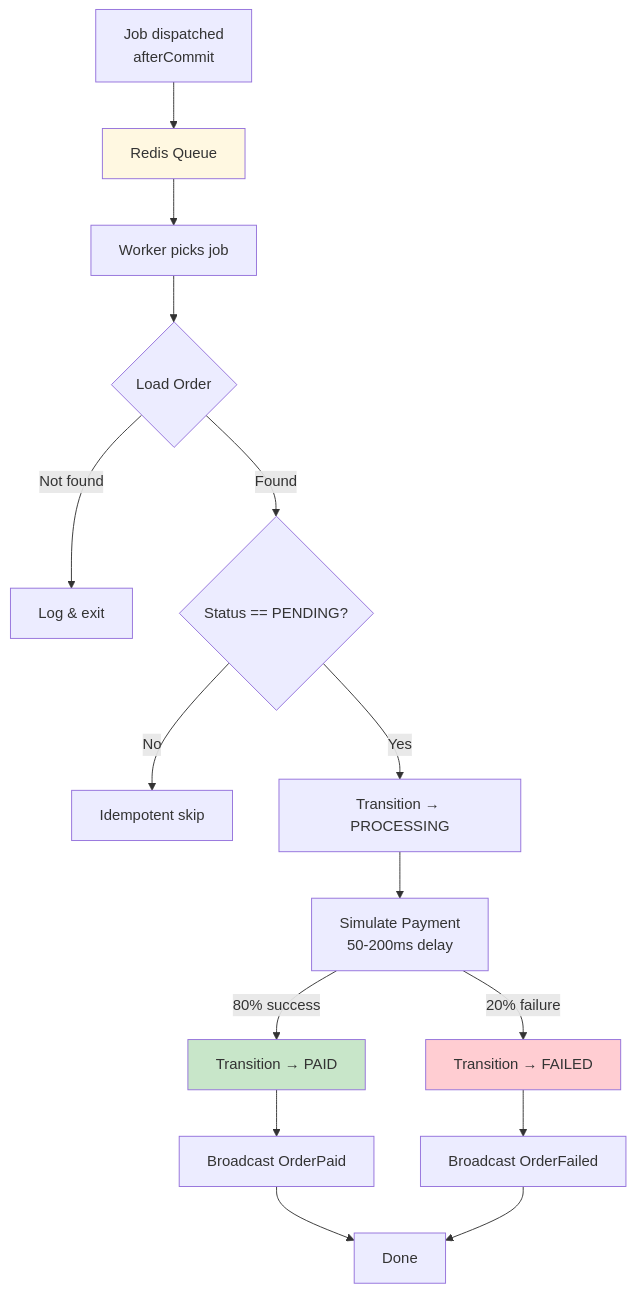
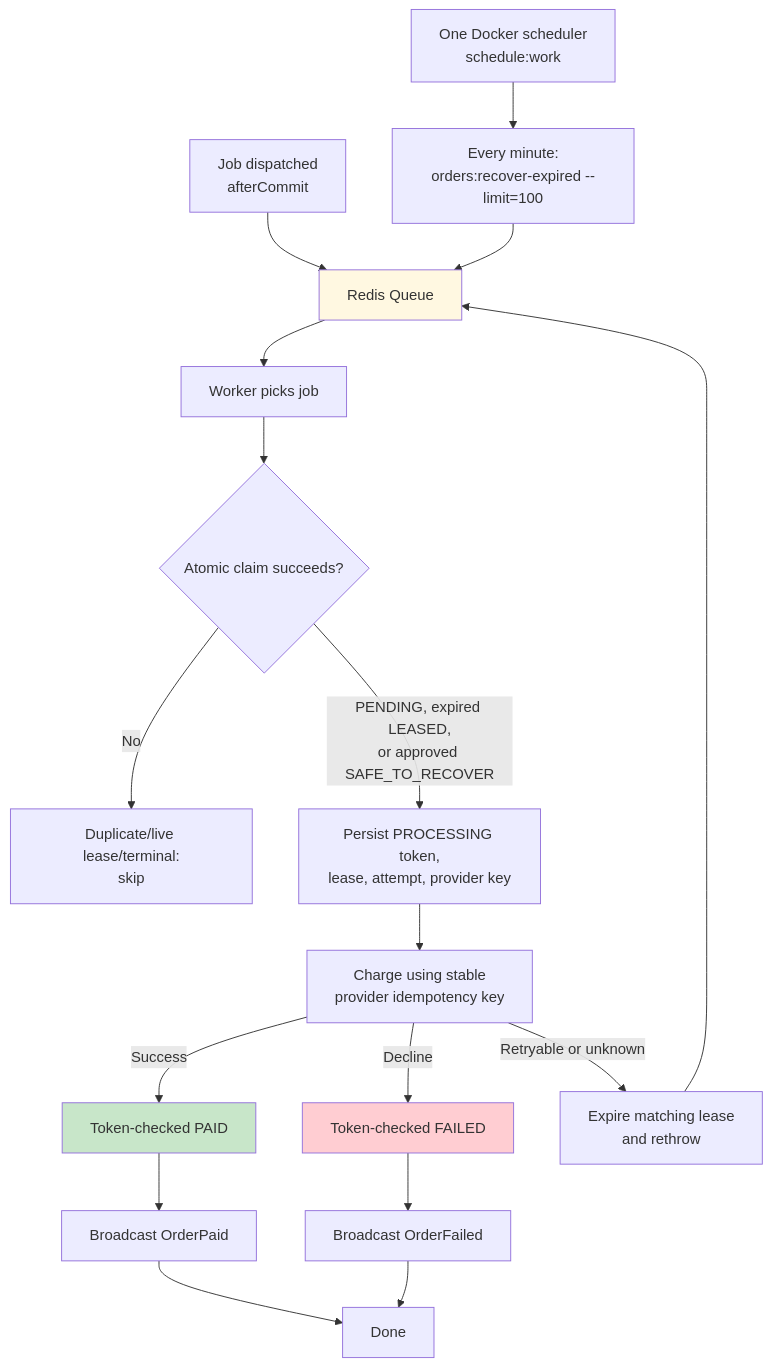
The tenth of 12 diagrams in docs/architecture.md (AbdouShalby/Distributed-Order-Processing-System), drawn with Mermaid before and after one commit. The commit also changed other lines of this file and 8 other files, not shown here.

````diff
--- a/docs/architecture.md
+++ b/docs/architecture.md
@@ -281,21 +427,23 @@
 ```mermaid
 flowchart TD
     A[Job dispatched<br/>afterCommit] --> B[Redis Queue]
     B --> C[Worker picks job]
-    C --> D{Load Order}
-    D --> |Not found| E[Log & exit]
-    D --> |Found| F{Status == PENDING?}
-    F --> |No| G[Idempotent skip]
-    F --> |Yes| H[Transition → PROCESSING]
-    H --> I[Simulate Payment<br/>50-200ms delay]
-    I --> |80% success| J[Transition → PAID]
-    I --> |20% failure| K[Transition → FAILED]
+    C --> D{Atomic claim succeeds?}
+    D --> |No| E[Duplicate/live lease/terminal:<br/>skip]
+    D --> |PENDING, expired LEASED,<br/>or approved SAFE_TO_RECOVER| F[Persist PROCESSING token,<br/>lease, attempt, provider key]
+    F --> G[Charge using stable<br/>provider idempotency key]
+    G --> |Success| J[Token-checked PAID]
+    G --> |Decline| K[Token-checked FAILED]
+    G --> |Retryable or unknown| H[Expire matching lease<br/>and rethrow]
+    H --> B
+    S[One Docker scheduler<br/>schedule:work] --> O[Every minute:<br/>orders:recover-expired --limit=100]
+    O --> B
     J --> L[Broadcast OrderPaid]
     K --> M[Broadcast OrderFailed]
     L --> N[Done]
     M --> N
 
     style B fill:#fff8e1
     style J fill:#c8e6c9
     style K fill:#ffcdd2
 ```
````
